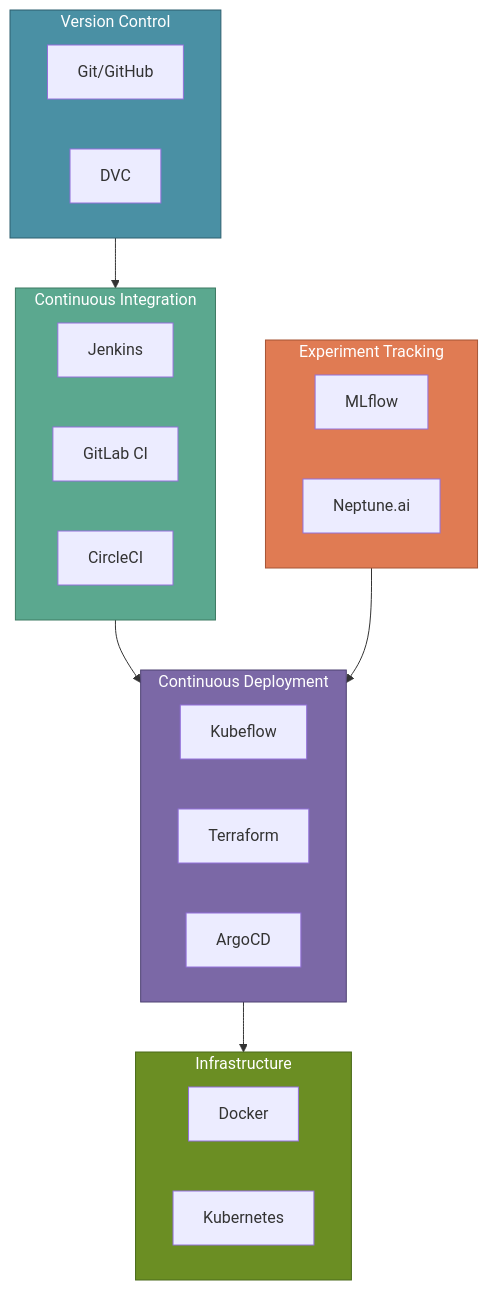
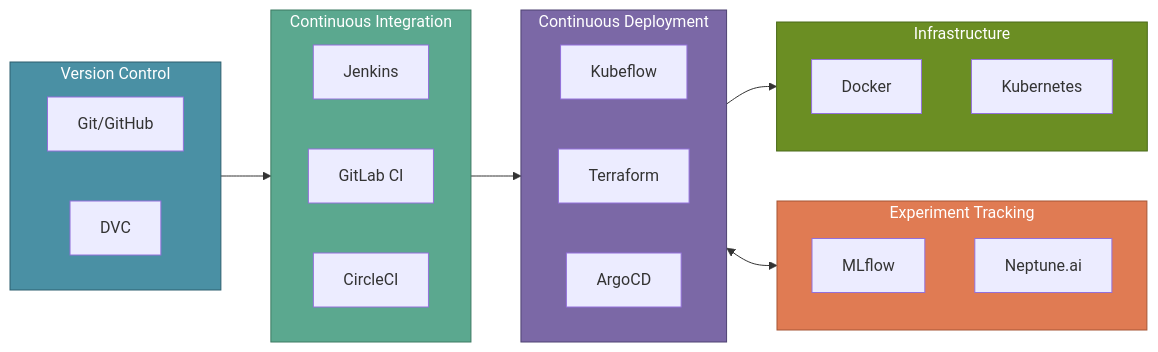
Before and after one commit to vinaykagithapu/vinay.github.io: the diagram in docs/mlops/mlops-fundamentals/6-mlops-tools.md, drawn with Mermaid. The commit also changed other lines of this file and 4 other files, not shown here.

Commit message:
Enhance MLOps documentation by centering mermaid diagrams across multiple sections, improving visual consistency and readability. Updates include the introduction of centered diagrams in the Getting Started, MLOps Engineer Role, MLOps Lifecycle, MLOps Tools, and MLOps Architecture documents.

````diff
--- a/docs/mlops/mlops-fundamentals/6-mlops-tools.md
+++ b/docs/mlops/mlops-fundamentals/6-mlops-tools.md
@@ -243,40 +244,43 @@
 ```mermaid
-flowchart TB
+flowchart LR
     subgraph Version["Version Control"]
+        direction LR
         Git[Git/GitHub]
         DVC[DVC]
     end
     
     subgraph CI["Continuous Integration"]
+        direction LR
         Jenkins[Jenkins]
         GitLabCI[GitLab CI]
         CircleCI[CircleCI]
     end
     
     subgraph CD["Continuous Deployment"]
+        direction LR
         Kubeflow[Kubeflow]
         Terraform[Terraform]
         ArgoCD[ArgoCD]
     end
     
     subgraph Track["Experiment Tracking"]
         MLflow[MLflow]
         Neptune[Neptune.ai]
     end
     
     subgraph Infra["Infrastructure"]
         Docker[Docker]
         K8s[Kubernetes]
     end
     
     Version --> CI
     CI --> CD
-    Track --> CD
     CD --> Infra
+    CD <--> Track
     
     style Version fill:#4A90A4,stroke:#2C5F6E,color:#fff
     style CI fill:#5BA88F,stroke:#3D7A62,color:#fff
     style CD fill:#7B68A6,stroke:#4E4272,color:#fff
     style Track fill:#E07B53,stroke:#A65535,color:#fff
     style Infra fill:#6B8E23,stroke:#4A6B1A,color:#fff
 ```
````
